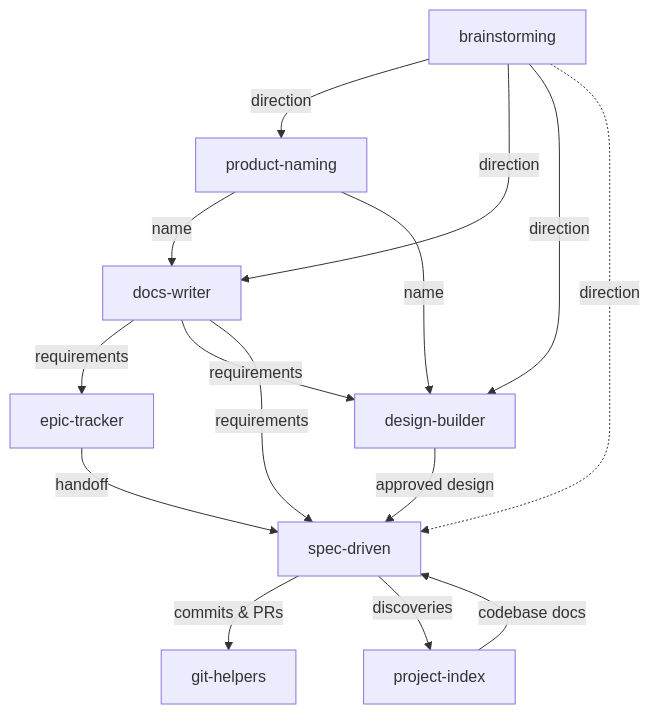
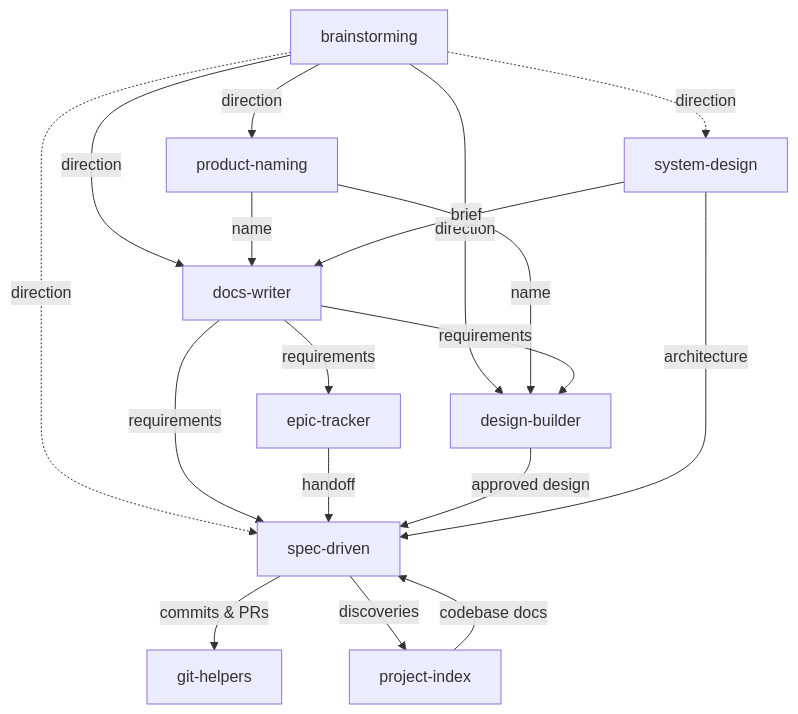
The diagram in README.md (adeonir/agent-skills), drawn with Mermaid before and after one commit. The commit also changed other lines of this file and 9 other files, not shown here.

First line of the commit message:
feat: add system-design skill

````diff
--- a/README.md
+++ b/README.md
@@ -37,17 +38,20 @@
 ```mermaid
 flowchart TD
     BR[brainstorming] -->|direction| PN[product-naming]
     BR -->|direction| DW[docs-writer]
     BR -->|direction| DB[design-builder]
     BR -.->|direction| SD[spec-driven]
     PN -->|name| DW
     PN -->|name| DB
     DW -->|requirements| ET[epic-tracker]
     DW -->|requirements| DB
     DW -->|requirements| SD
     ET -->|handoff| SD
     PI[project-index] -->|codebase docs| SD
     DB -->|approved design| SD
     SD -->|commits & PRs| GH[git-helpers]
     SD -->|discoveries| PI
+    SYS[system-design] -->|brief| DW
+    SYS -->|architecture| SD
+    BR -.->|direction| SYS
 ```
````
